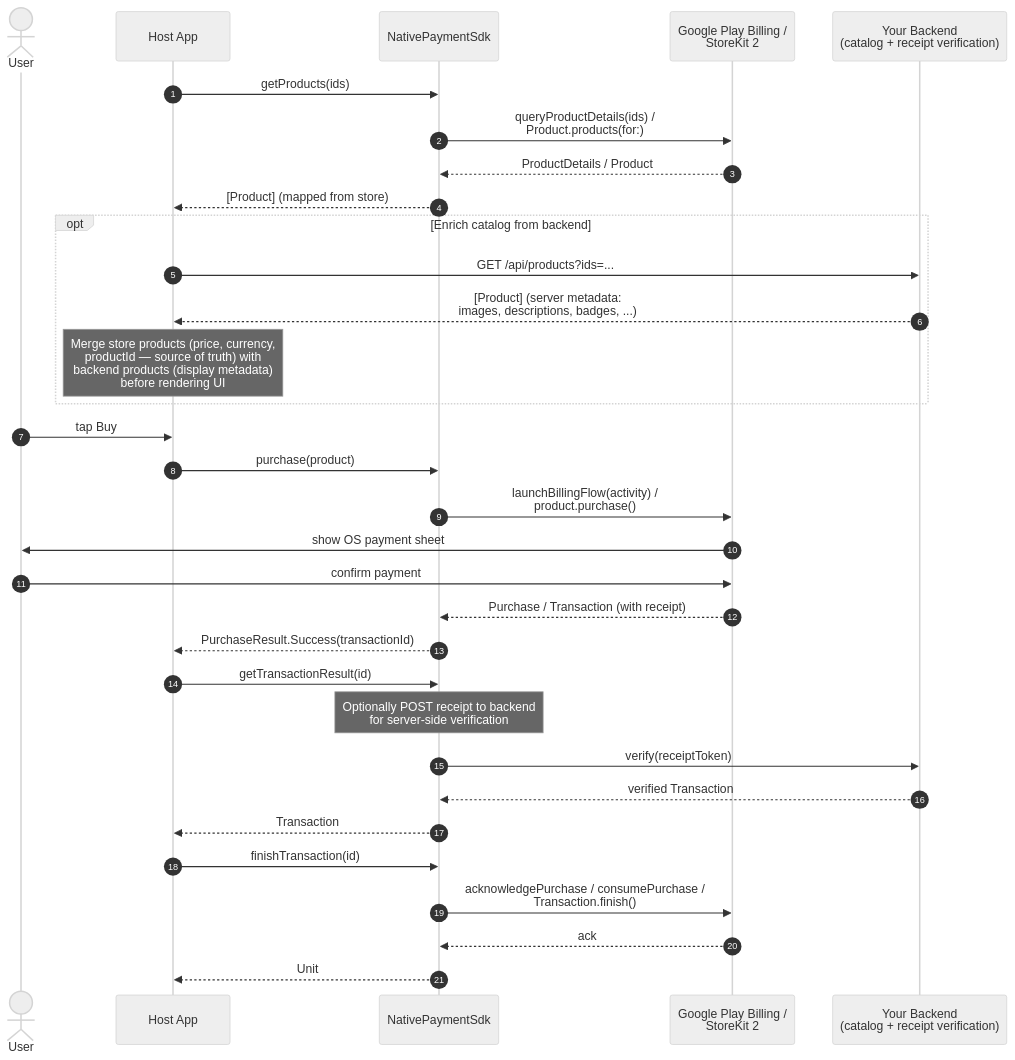
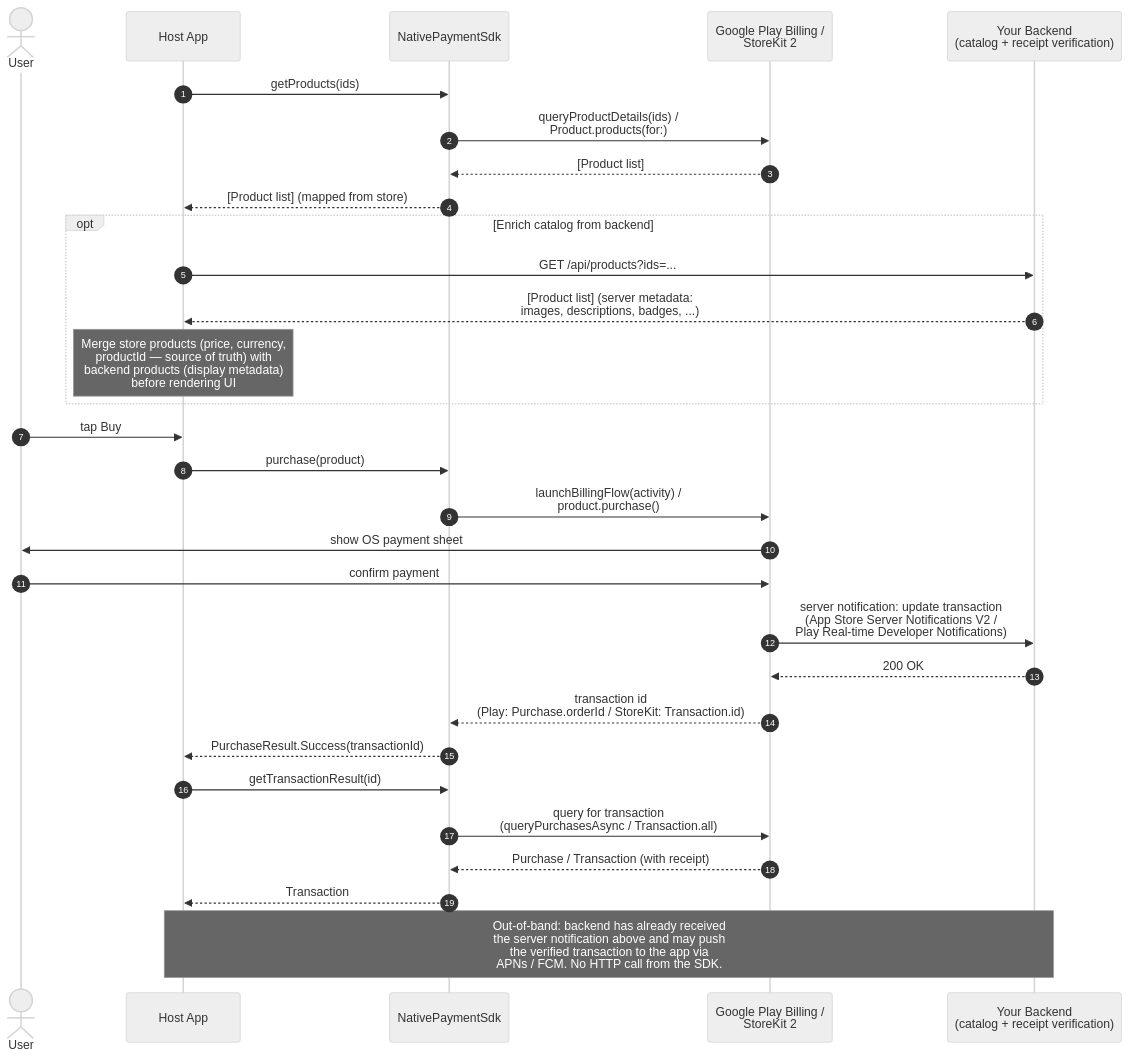
The second of 2 diagrams in README.md (KhangTranUney/SharedPaymentSdk), drawn with Mermaid (neutral theme) before and after one commit. The commit also changed other lines of this file and 7 other files, not shown here.

First line of the commit message:
Hide ack/finish inside getTransactionResult; document store->BE push

````diff
--- a/README.md
+++ b/README.md
@@ -256,39 +252,37 @@
 ```mermaid
 sequenceDiagram
     autonumber
     actor User
     participant App as Host App
     participant SDK as NativePaymentSdk
     participant Store as Google Play Billing /<br/>StoreKit 2
     participant Backend as Your Backend<br/>(catalog + receipt verification)
 
     App->>SDK: getProducts(ids)
     SDK->>Store: queryProductDetails(ids) /<br/>Product.products(for:)
-    Store-->>SDK: ProductDetails / Product
-    SDK-->>App: [Product] (mapped from store)
+    Store-->>SDK: [Product list]
+    SDK-->>App: [Product list] (mapped from store)
 
     opt Enrich catalog from backend
         App->>Backend: GET /api/products?ids=...
-        Backend-->>App: [Product] (server metadata:<br/>images, descriptions, badges, ...)
+        Backend-->>App: [Product list] (server metadata:<br/>images, descriptions, badges, ...)
         Note over App: Merge store products (price, currency,<br/>productId — source of truth) with<br/>backend products (display metadata)<br/>before rendering UI
     end
 
     User->>App: tap Buy
     App->>SDK: purchase(product)
     SDK->>Store: launchBillingFlow(activity) /<br/>product.purchase()
     Store->>User: show OS payment sheet
     User->>Store: confirm payment
-    Store-->>SDK: Purchase / Transaction (with receipt)
+    Store->>Backend: server notification: update transaction<br/>(App Store Server Notifications V2 /<br/>Play Real-time Developer Notifications)
+    Backend-->>Store: 200 OK
+    Store-->>SDK: transaction id<br/>(Play: Purchase.orderId / StoreKit: Transaction.id)
     SDK-->>App: PurchaseResult.Success(transactionId)
 
     App->>SDK: getTransactionResult(id)
-    Note over SDK: Optionally POST receipt to backend<br/>for server-side verification
-    SDK->>Backend: verify(receiptToken)
-    Backend-->>SDK: verified Transaction
+    SDK->>Store: query for transaction<br/>(queryPurchasesAsync / Transaction.all)
+    Store-->>SDK: Purchase / Transaction (with receipt)
     SDK-->>App: Transaction
 
-    App->>SDK: finishTransaction(id)
-    SDK->>Store: acknowledgePurchase / consumePurchase /<br/>Transaction.finish()
-    Store-->>SDK: ack
-    SDK-->>App: Unit
+    Note over Backend,App: Out-of-band: backend has already received<br/>the server notification above and may push<br/>the verified transaction to the app via<br/>APNs / FCM. No HTTP call from the SDK.
 ```
````
